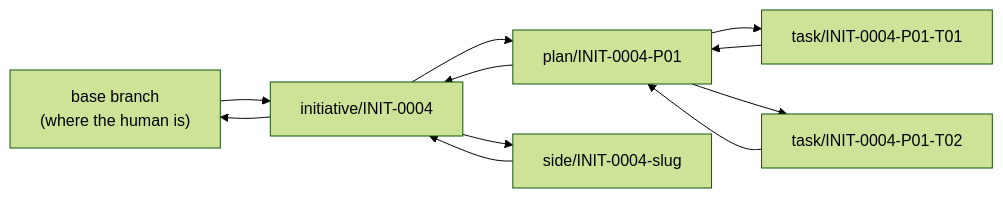
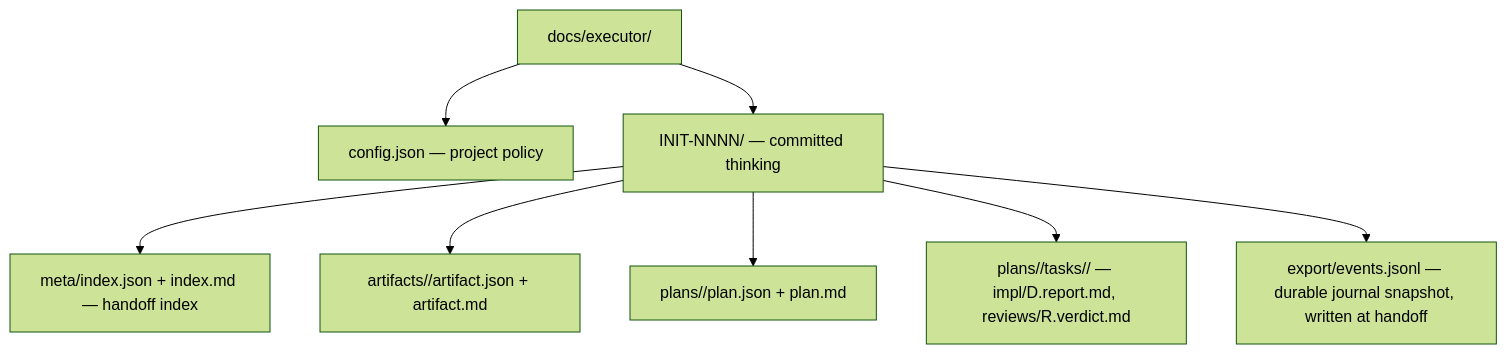
One commit to Atri10/executor changed the third of 3 diagrams in skills/executor/references/layout.md. Above: the diagram before and after it, drawn with Mermaid (forest theme). The commit also changed other lines of this file and 40 other files, not shown here.

````diff
--- a/skills/executor/references/layout.md
+++ b/skills/executor/references/layout.md
@@ -380,13 +55,10 @@
 ```mermaid
-flowchart LR
-    BASE["base branch<br/>(where the human is)"] --> INIT["initiative/INIT-0004"]
-    INIT --> P1["plan/INIT-0004-P01"]
-    INIT --> SIDE["side/INIT-0004-slug"]
-    P1 --> T1["task/INIT-0004-P01-T01"]
-    P1 --> T2["task/INIT-0004-P01-T02"]
-    T1 --> P1
-    T2 --> P1
-    SIDE --> INIT
-    P1 --> INIT
-    INIT --> BASE
+flowchart TB
+    ROOT["docs/executor/"] --> CFG["config.json — project policy"]
+    ROOT --> INIT["INIT-NNNN/ — committed thinking"]
+    INIT --> META["meta/index.json + index.md — handoff index"]
+    INIT --> ART["artifacts/<ARTIFACT-ID>/artifact.json + artifact.md"]
+    INIT --> PLN["plans/<PLAN-ID>/plan.json + plan.md"]
+    INIT --> TSK["plans/<PLAN-ID>/tasks/<TASK-ID>/ — impl/D<NNNNN>.report.md, reviews/R<NN>.verdict.md"]
+    INIT --> EXP["export/events.jsonl — durable journal snapshot, written at handoff"]
 ```
````
